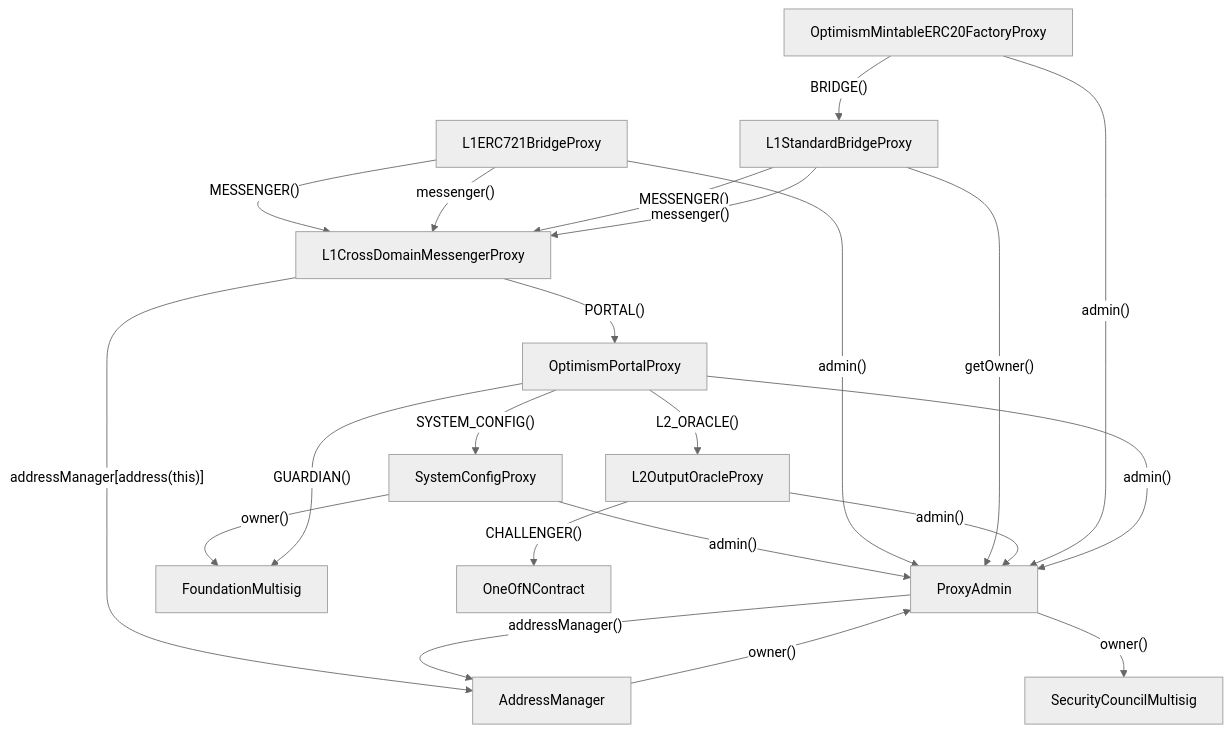
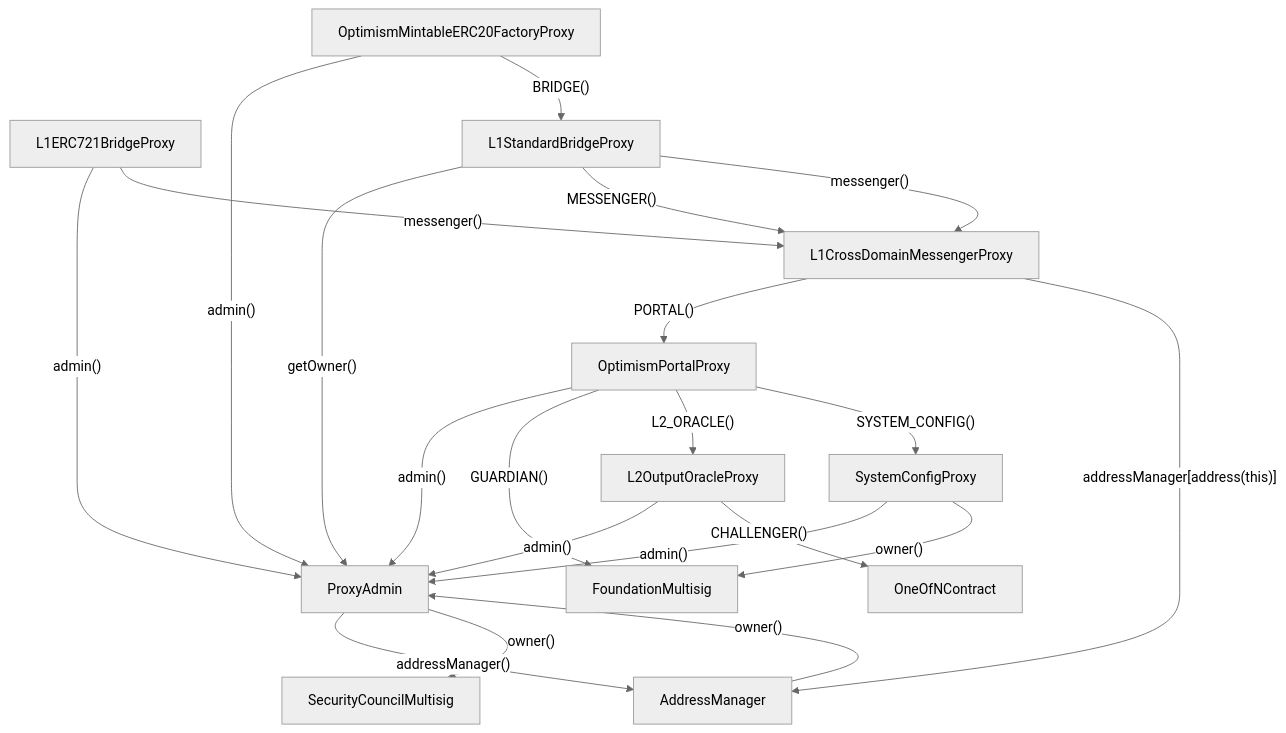
Before and after one commit to ethereum-optimism/superchain-registry: the diagram in README.md, drawn with Mermaid (neutral theme). The commit also changed 2 other files, not shown here.

Commit message:
Make check works for OP Mainnet.

````diff
--- a/README.md
+++ b/README.md
@@ -31,32 +31,31 @@
 ``` mermaid
 graph TD
   SystemConfigProxy -- "admin()" --> ProxyAdmin
   SystemConfigProxy -- "owner()" --> FoundationMultisig
 
   AddressManager -- "owner()" -->  ProxyAdmin
 
   L1CrossDomainMessengerProxy -- "PORTAL()" --> OptimismPortalProxy
   L1CrossDomainMessengerProxy -- "addressManager[address(this)]" --> AddressManager
 
   L1ERC721BridgeProxy -- "admin()" --> ProxyAdmin
-  L1ERC721BridgeProxy -- "MESSENGER()" --> L1CrossDomainMessengerProxy
   L1ERC721BridgeProxy -- "messenger()" --> L1CrossDomainMessengerProxy
 
   L1StandardBridgeProxy -- "getOwner()" -->  ProxyAdmin
   L1StandardBridgeProxy -- "MESSENGER()" --> L1CrossDomainMessengerProxy
   L1StandardBridgeProxy -- "messenger()" --> L1CrossDomainMessengerProxy
 
   L2OutputOracleProxy -- "admin()" --> ProxyAdmin
   L2OutputOracleProxy -- "CHALLENGER()" --> OneOfNContract
 
   OptimismMintableERC20FactoryProxy -- "admin()" --> ProxyAdmin
   OptimismMintableERC20FactoryProxy -- "BRIDGE()" --> L1StandardBridgeProxy
 
   OptimismPortalProxy -- "admin()" --> ProxyAdmin
   OptimismPortalProxy -- "GUARDIAN()" --> FoundationMultisig
   OptimismPortalProxy -- "L2_ORACLE()" --> L2OutputOracleProxy
   OptimismPortalProxy -- "SYSTEM_CONFIG()" --> SystemConfigProxy
 
   ProxyAdmin -- "addressManager()" --> AddressManager
   ProxyAdmin -- "owner()" --> SecurityCouncilMultisig
 ```
````
